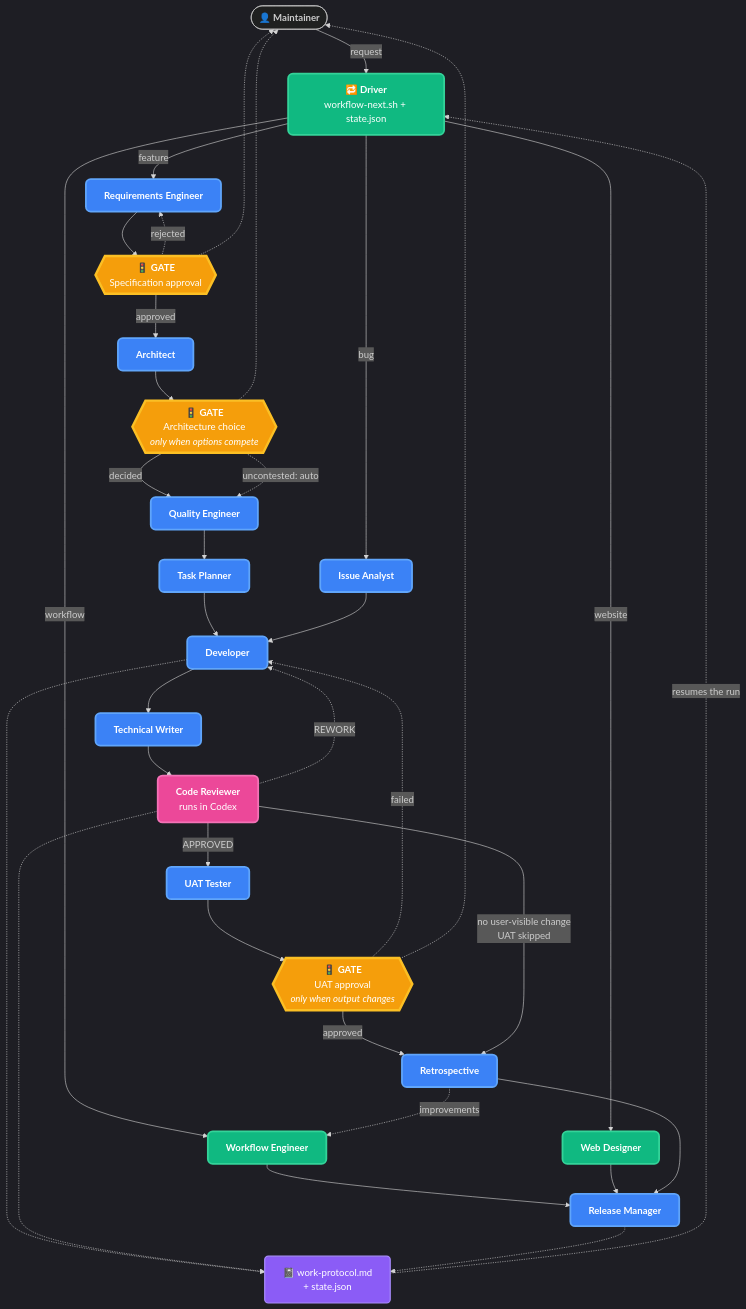
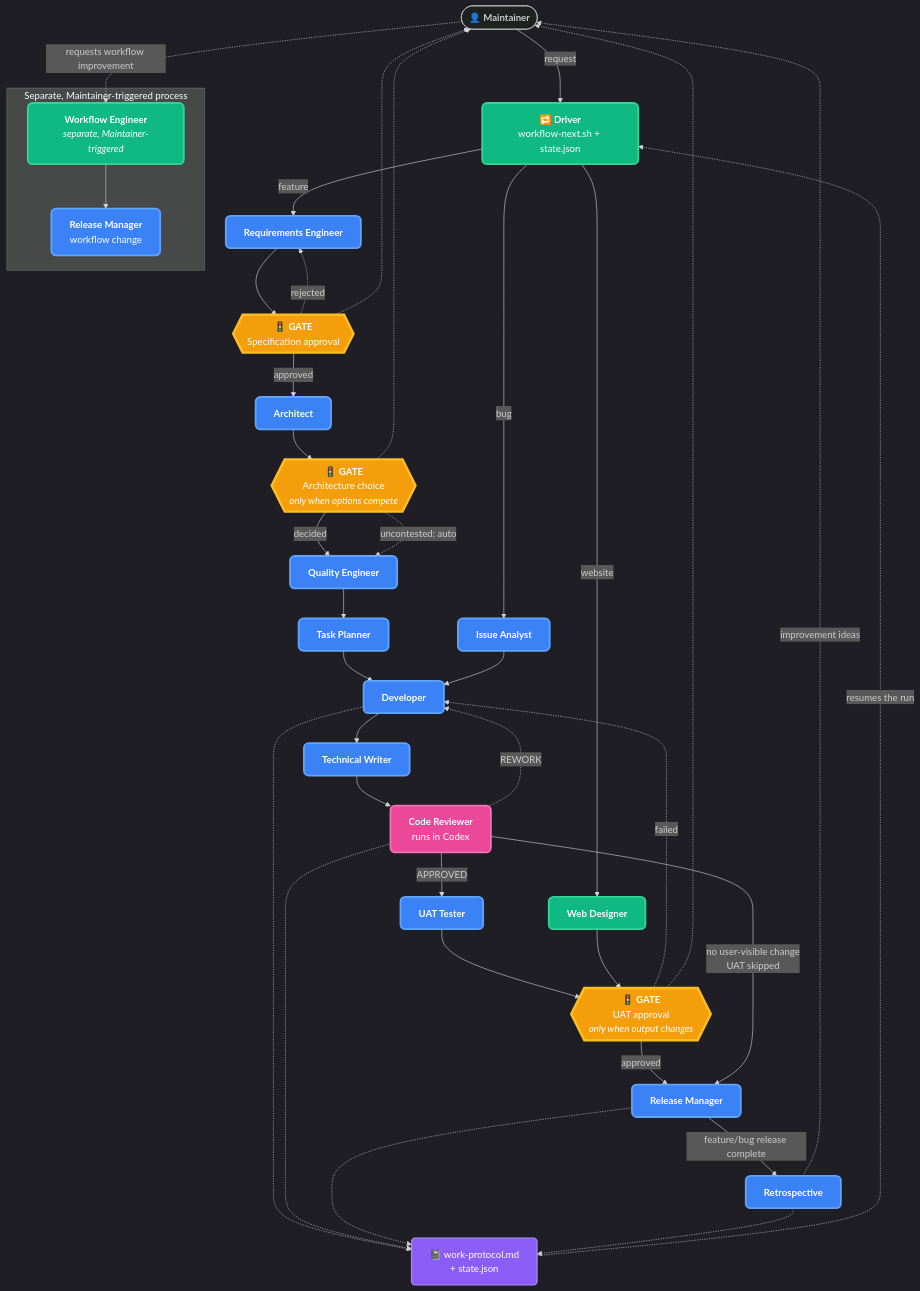
Before and after one commit to oocx/tfplan2md: the diagram in docs/workflow.md, drawn with Mermaid. The commit also changed other lines of this file and 20 other files, not shown here.

Commit message:
workflow: run retrospectives after release

````diff
--- a/docs/workflow.md
+++ b/docs/workflow.md
@@ -15,77 +15,82 @@
 ```mermaid
 %%{init: {'theme':'dark', 'themeVariables': { 'fontSize':'16px', 'fontFamily':'ui-sans-serif, system-ui, sans-serif'}}}%%
 flowchart TB
     classDef role fill:#3b82f6,stroke:#60a5fa,stroke-width:3px,color:#ffffff,rx:8,ry:8;
     classDef artifact fill:#8b5cf6,stroke:#a78bfa,stroke-width:2px,color:#ffffff,rx:6,ry:6;
     classDef meta fill:#10b981,stroke:#34d399,stroke-width:3px,color:#ffffff,rx:8,ry:8;
     classDef gate fill:#f59e0b,stroke:#fbbf24,stroke-width:4px,color:#ffffff,rx:10,ry:10;
     classDef external fill:#ec4899,stroke:#f472b6,stroke-width:3px,color:#ffffff,rx:8,ry:8;
 
     HUMAN(["👤 <b>Maintainer</b>"])
     DRIVER["🔁 <b>Driver</b><br/>workflow-next.sh + state.json"]
 
     RE["<b>Requirements Engineer</b>"]
     IAR["<b>Issue Analyst</b>"]
-    WEN["<b>Workflow Engineer</b>"]
     WDS["<b>Web Designer</b>"]
+    WEN["<b>Workflow Engineer</b><br/><i>separate, Maintainer-triggered</i>"]
+    WFRM["<b>Release Manager</b><br/>workflow change"]
 
     G1{{"🚦 <b>GATE</b><br/>Specification approval"}}
     AR["<b>Architect</b>"]
     G2{{"🚦 <b>GATE</b><br/>Architecture choice<br/><i>only when options compete</i>"}}
 
     QE["<b>Quality Engineer</b>"]
     TPL["<b>Task Planner</b>"]
     DEV["<b>Developer</b>"]
     TW["<b>Technical Writer</b>"]
     CR["<b>Code Reviewer</b><br/>runs in Codex"]
     UAT["<b>UAT Tester</b>"]
     G3{{"🚦 <b>GATE</b><br/>UAT approval<br/><i>only when output changes</i>"}}
     RM["<b>Release Manager</b>"]
     RETRO["<b>Retrospective</b>"]
 
+    subgraph MAINT["Separate, Maintainer-triggered process"]
+        WEN --> WFRM
+    end
+
     WP["📓 work-protocol.md<br/>+ state.json"]
 
     HUMAN -->|"request"| DRIVER
+    HUMAN -.->|"requests workflow improvement"| WEN
     DRIVER -->|"feature"| RE
     DRIVER -->|"bug"| IAR
-    DRIVER -->|"workflow"| WEN
     DRIVER -->|"website"| WDS
 
     RE --> G1
     G1 -->|"approved"| AR
     G1 -.->|"rejected"| RE
     AR --> G2
     G2 -->|"decided"| QE
     G2 -.->|"uncontested: auto"| QE
 
     QE --> TPL --> DEV --> TW --> CR
     IAR --> DEV
     CR -->|"APPROVED"| UAT
     CR -.->|"REWORK"| DEV
 
     UAT --> G3
-    G3 -->|"approved"| RETRO
+    G3 -->|"approved"| RM
     G3 -.->|"failed"| DEV
-    CR -->|"no user-visible change<br/>UAT skipped"| RETRO
+    CR -->|"no user-visible change<br/>UAT skipped"| RM
 
-    WEN --> RM
-    WDS --> RM
-    RETRO --> RM
-    RETRO -.->|"improvements"| WEN
+    WDS --> G3
+    RM -->|"feature/bug release complete"| RETRO
+    RETRO -.->|"improvement ideas"| HUMAN
 
     DEV -.-> WP
     CR -.-> WP
     RM -.-> WP
+    RETRO -.-> WP
     WP -.->|"resumes the run"| DRIVER
 
     G1 -.-> HUMAN
     G2 -.-> HUMAN
     G3 -.-> HUMAN
 
-    class RE,IAR,AR,QE,TPL,DEV,TW,UAT,RM,RETRO role;
+    class RE,IAR,AR,QE,TPL,DEV,TW,UAT,RM,RETRO,WFRM role;
     class WEN,WDS meta;
     class CR external;
     class G1,G2,G3 gate;
     class WP artifact;
     class DRIVER meta;
 ```
````
